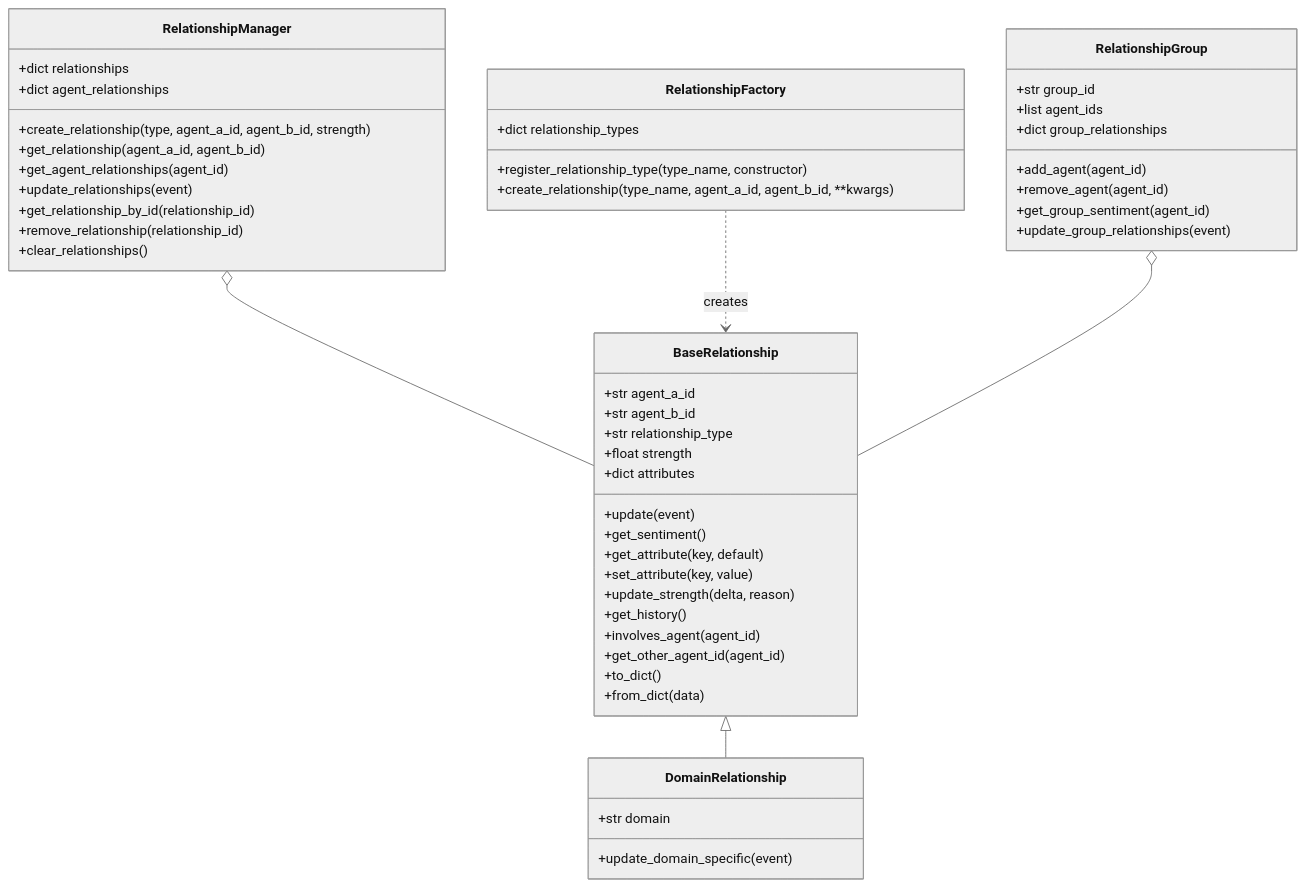
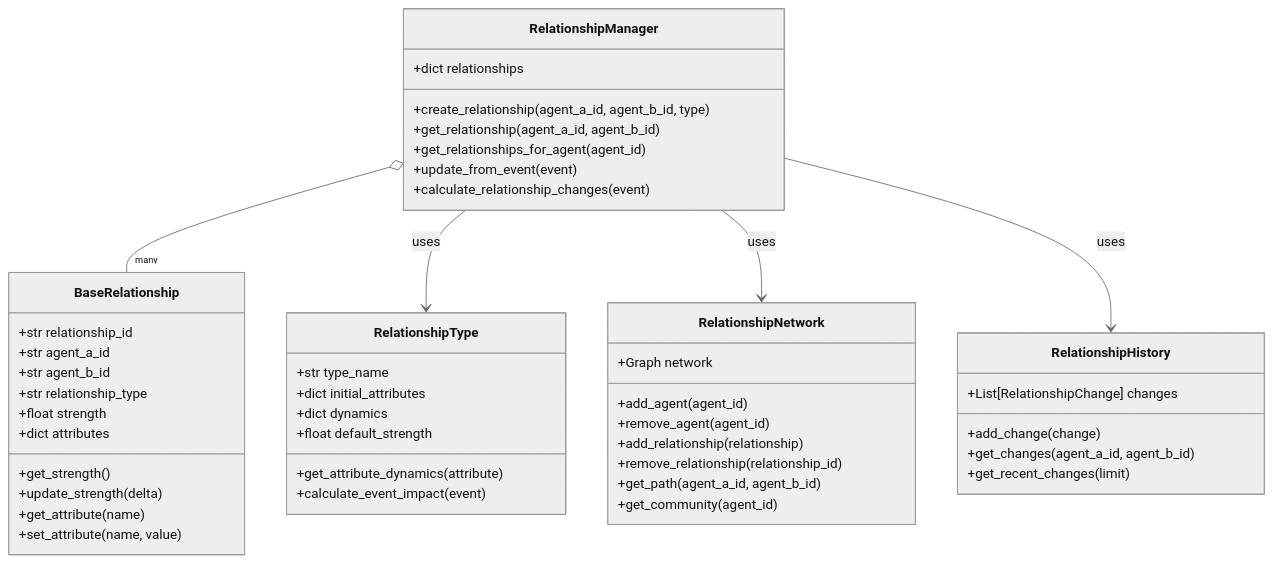
The fifth of 12 diagrams in docs/agentic_framework/architecture.md (ianlintner/forum), drawn with Mermaid (neutral theme) before and after one commit. The commit also changed other lines of this file and 13 other files, not shown here.

````diff
--- a/docs/agentic_framework/architecture.md
+++ b/docs/agentic_framework/architecture.md
@@ -327,58 +350,55 @@
 ```mermaid
 classDiagram
     class BaseRelationship {
+        +str relationship_id
         +str agent_a_id
         +str agent_b_id
         +str relationship_type
         +float strength
         +dict attributes
-        +update(event)
-        +get_sentiment()
-        +get_attribute(key, default)
-        +set_attribute(key, value)
-        +update_strength(delta, reason)
-        +get_history()
-        +involves_agent(agent_id)
-        +get_other_agent_id(agent_id)
-        +to_dict()
-        +from_dict(data)
+        +get_strength()
+        +update_strength(delta)
+        +get_attribute(name)
+        +set_attribute(name, value)
     }
     
     class RelationshipManager {
         +dict relationships
-        +dict agent_relationships
-        +create_relationship(type, agent_a_id, agent_b_id, strength)
+        +create_relationship(agent_a_id, agent_b_id, type)
         +get_relationship(agent_a_id, agent_b_id)
-        +get_agent_relationships(agent_id)
-        +update_relationships(event)
-        +get_relationship_by_id(relationship_id)
-        +remove_relationship(relationship_id)
-        +clear_relationships()
+        +get_relationships_for_agent(agent_id)
+        +update_from_event(event)
+        +calculate_relationship_changes(event)
     }
     
-    class RelationshipFactory {
-        +dict relationship_types
-        +register_relationship_type(type_name, constructor)
-        +create_relationship(type_name, agent_a_id, agent_b_id, **kwargs)
+    class RelationshipType {
+        +str type_name
+        +dict initial_attributes
+        +dict dynamics
+        +float default_strength
+        +get_attribute_dynamics(attribute)
+        +calculate_event_impact(event)
     }
     
-    class RelationshipGroup {
-        +str group_id
-        +list agent_ids
-        +dict group_relationships
+    class RelationshipNetwork {
+        +Graph network
         +add_agent(agent_id)
         +remove_agent(agent_id)
-        +get_group_sentiment(agent_id)
-        +update_group_relationships(event)
+        +add_relationship(relationship)
+        +remove_relationship(relationship_id)
+        +get_path(agent_a_id, agent_b_id)
+        +get_community(agent_id)
     }
     
-    BaseRelationship <|-- DomainRelationship
-    RelationshipManager o-- BaseRelationship
-    RelationshipFactory ..> BaseRelationship : creates
-    RelationshipGroup o-- BaseRelationship
+    class RelationshipHistory {
+        +List[RelationshipChange] changes
+        +add_change(change)
+        +get_changes(agent_a_id, agent_b_id)
+        +get_recent_changes(limit)
+    }
     
-    class DomainRelationship {
-        +str domain
-        +update_domain_specific(event)
-    }
+    RelationshipManager o-- "many" BaseRelationship
+    RelationshipManager --> RelationshipType : uses
+    RelationshipManager --> RelationshipNetwork : uses
+    RelationshipManager --> RelationshipHistory : uses
 ```
````
